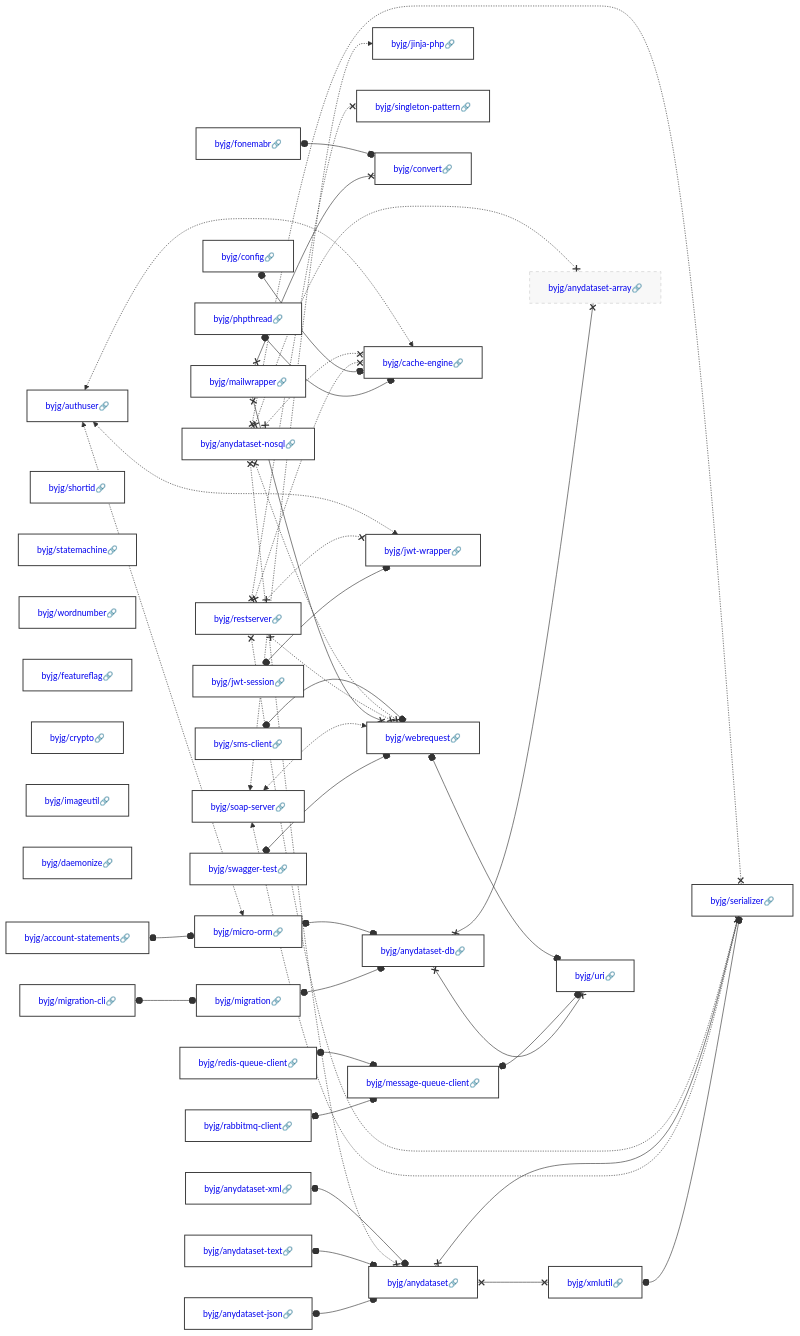
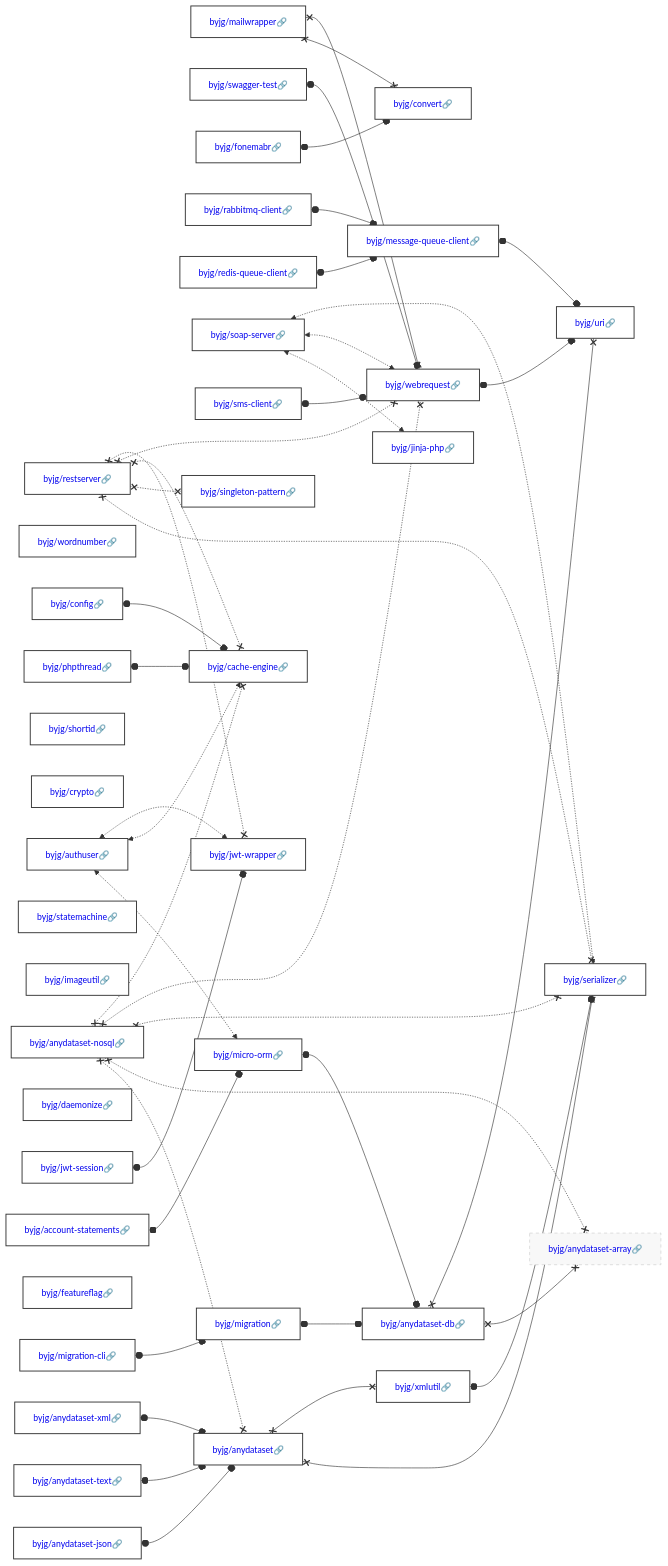
One commit to byjg/byjg.github.io changed the diagram in docs/php/README.md. Above: the diagram before and after it, drawn with Mermaid. The commit also changed other lines of this file and 1 other file, not shown here.

Commit message:
Update documentation 'php' 'php-shortid'

````diff
--- a/docs/php/README.md
+++ b/docs/php/README.md
@@ -3,45 +3,45 @@
 ```mermaid
 graph LR;
-  byjg/account-statements[<a href='https://opensource.byjg.com/docs/php/account-statements' style='text-decoration:none'>byjg/account-statements🔗</a>];
-  byjg/sms-client[<a href='https://opensource.byjg.com/docs/php/sms-client' style='text-decoration:none'>byjg/sms-client🔗</a>];
+  byjg/jwt-session[<a href='https://opensource.byjg.com/docs/php/jwt-session' style='text-decoration:none'>byjg/jwt-session🔗</a>];
+  byjg/mailwrapper[<a href='https://opensource.byjg.com/docs/php/mailwrapper' style='text-decoration:none'>byjg/mailwrapper🔗</a>];
+  byjg/swagger-test[<a href='https://opensource.byjg.com/docs/php/swagger-test' style='text-decoration:none'>byjg/swagger-test🔗</a>];
+  byjg/wordnumber[<a href='https://opensource.byjg.com/docs/php/wordnumber' style='text-decoration:none'>byjg/wordnumber🔗</a>];
+  byjg/config[<a href='https://opensource.byjg.com/docs/php/config' style='text-decoration:none'>byjg/config🔗</a>];
+  byjg/fonemabr[<a href='https://opensource.byjg.com/docs/php/fonemabr' style='text-decoration:none'>byjg/fonemabr🔗</a>];
+  byjg/anydataset-json[<a href='https://opensource.byjg.com/docs/php/anydataset-json' style='text-decoration:none'>byjg/anydataset-json🔗</a>];
   byjg/shortid[<a href='https://opensource.byjg.com/docs/php/shortid' style='text-decoration:none'>byjg/shortid🔗</a>];
-  byjg/config[<a href='https://opensource.byjg.com/docs/php/config' style='text-decoration:none'>byjg/config🔗</a>];
-  byjg/statemachine[<a href='https://opensource.byjg.com/docs/php/statemachine' style='text-decoration:none'>byjg/statemachine🔗</a>];
+  byjg/crypto[<a href='https://opensource.byjg.com/docs/php/crypto' style='text-decoration:none'>byjg/crypto🔗</a>];
+  byjg/anydataset-text[<a href='https://opensource.byjg.com/docs/php/anydataset-text' style='text-decoration:none'>byjg/anydataset-text🔗</a>];
   byjg/rabbitmq-client[<a href='https://opensource.byjg.com/docs/php/rabbitmq-client' style='text-decoration:none'>byjg/rabbitmq-client🔗</a>];
   byjg/redis-queue-client[<a href='https://opensource.byjg.com/docs/php/redis-queue-client' style='text-decoration:none'>byjg/redis-queue-client🔗</a>];
-  byjg/jwt-session[<a href='https://opensource.byjg.com/docs/php/jwt-session' style='text-decoration:none'>byjg/jwt-session🔗</a>];
-  byjg/wordnumber[<a href='https://opensource.byjg.com/docs/php/wordnumber' style='text-decoration:none'>byjg/wordnumber🔗</a>];
+  byjg/statemachine[<a href='https://opensource.byjg.com/docs/php/statemachine' style='text-decoration:none'>byjg/statemachine🔗</a>];
+  byjg/soap-server[<a href='https://opensource.byjg.com/docs/php/soap-server' style='text-decoration:none'>byjg/soap-server🔗</a>];
+  byjg/imageutil[<a href='https://opensource.byjg.com/docs/php/imageutil' style='text-decoration:none'>byjg/imageutil🔗</a>];
+  byjg/anydataset-nosql[<a href='https://opensource.byjg.com/docs/php/anydataset-nosql' style='text-decoration:none'>byjg/anydataset-nosql🔗</a>];
+  byjg/daemonize[<a href='https://opensource.byjg.com/docs/php/daemonize' style='text-decoration:none'>byjg/daemonize🔗</a>];
+  byjg/restserver[<a href='https://opensource.byjg.com/docs/php/restserver' style='text-decoration:none'>byjg/restserver🔗</a>];
+  byjg/phpthread[<a href='https://opensource.byjg.com/docs/php/phpthread' style='text-decoration:none'>byjg/phpthread🔗</a>];
+  byjg/sms-client[<a href='https://opensource.byjg.com/docs/php/sms-client' style='text-decoration:none'>byjg/sms-client🔗</a>];
   byjg/featureflag[<a href='https://opensource.byjg.com/docs/php/featureflag' style='text-decoration:none'>byjg/featureflag🔗</a>];
+  byjg/account-statements[<a href='https://opensource.byjg.com/docs/php/account-statements' style='text-decoration:none'>byjg/account-statements🔗</a>];
   byjg/anydataset-xml[<a href='https://opensource.byjg.com/docs/php/anydataset-xml' style='text-decoration:none'>byjg/anydataset-xml🔗</a>];
-  byjg/phpthread[<a href='https://opensource.byjg.com/docs/php/phpthread' style='text-decoration:none'>byjg/phpthread🔗</a>];
-  byjg/anydataset-nosql[<a href='https://opensource.byjg.com/docs/php/anydataset-nosql' style='text-decoration:none'>byjg/anydataset-nosql🔗</a>];
-  byjg/soap-server[<a href='https://opensource.byjg.com/docs/php/soap-server' style='text-decoration:none'>byjg/soap-server🔗</a>];
-  byjg/swagger-test[<a href='https://opensource.byjg.com/docs/php/swagger-test' style='text-decoration:none'>byjg/swagger-test🔗</a>];
-  byjg/fonemabr[<a href='https://opensource.byjg.com/docs/php/fonemabr' style='text-decoration:none'>byjg/fonemabr🔗</a>];
-  byjg/restserver[<a href='https://opensource.byjg.com/docs/php/restserver' style='text-decoration:none'>byjg/restserver🔗</a>];
-  byjg/crypto[<a href='https://opensource.byjg.com/docs/php/crypto' style='text-decoration:none'>byjg/crypto🔗</a>];
-  byjg/anydataset-text[<a href='https://opensource.byjg.com/docs/php/anydataset-text' style='text-decoration:none'>byjg/anydataset-text🔗</a>];
-  byjg/imageutil[<a href='https://opensource.byjg.com/docs/php/imageutil' style='text-decoration:none'>byjg/imageutil🔗</a>];
-  byjg/mailwrapper[<a href='https://opensource.byjg.com/docs/php/mailwrapper' style='text-decoration:none'>byjg/mailwrapper🔗</a>];
-  byjg/daemonize[<a href='https://opensource.byjg.com/docs/php/daemonize' style='text-decoration:none'>byjg/daemonize🔗</a>];
   byjg/migration-cli[<a href='https://opensource.byjg.com/docs/php/migration-cli' style='text-decoration:none'>byjg/migration-cli🔗</a>];
   byjg/authuser[<a href='https://opensource.byjg.com/docs/php/authuser' style='text-decoration:none'>byjg/authuser🔗</a>];
-  byjg/anydataset-json[<a href='https://opensource.byjg.com/docs/php/anydataset-json' style='text-decoration:none'>byjg/anydataset-json🔗</a>];
+  byjg/convert[<a href='https://opensource.byjg.com/docs/php/convert' style='text-decoration:none'>byjg/convert🔗</a>];
   byjg/message-queue-client[<a href='https://opensource.byjg.com/docs/php/message-queue-client' style='text-decoration:none'>byjg/message-queue-client🔗</a>];
   byjg/jinja-php[<a href='https://opensource.byjg.com/docs/php/jinja-php' style='text-decoration:none'>byjg/jinja-php🔗</a>];
   byjg/singleton-pattern[<a href='https://opensource.byjg.com/docs/php/singleton-pattern' style='text-decoration:none'>byjg/singleton-pattern🔗</a>];
-  byjg/convert[<a href='https://opensource.byjg.com/docs/php/convert' style='text-decoration:none'>byjg/convert🔗</a>];
   byjg/webrequest[<a href='https://opensource.byjg.com/docs/php/webrequest' style='text-decoration:none'>byjg/webrequest🔗</a>];
+  byjg/anydataset[<a href='https://opensource.byjg.com/docs/php/anydataset' style='text-decoration:none'>byjg/anydataset🔗</a>];
   byjg/migration[<a href='https://opensource.byjg.com/docs/php/migration' style='text-decoration:none'>byjg/migration🔗</a>];
   byjg/micro-orm[<a href='https://opensource.byjg.com/docs/php/micro-orm' style='text-decoration:none'>byjg/micro-orm🔗</a>];
   byjg/cache-engine[<a href='https://opensource.byjg.com/docs/php/cache-engine' style='text-decoration:none'>byjg/cache-engine🔗</a>];
   byjg/jwt-wrapper[<a href='https://opensource.byjg.com/docs/php/jwt-wrapper' style='text-decoration:none'>byjg/jwt-wrapper🔗</a>];
-  byjg/anydataset[<a href='https://opensource.byjg.com/docs/php/anydataset' style='text-decoration:none'>byjg/anydataset🔗</a>];
+  byjg/xmlutil[<a href='https://opensource.byjg.com/docs/php/xmlutil' style='text-decoration:none'>byjg/xmlutil🔗</a>];
   byjg/anydataset-db[<a href='https://opensource.byjg.com/docs/php/anydataset-db' style='text-decoration:none'>byjg/anydataset-db🔗</a>];
-  byjg/xmlutil[<a href='https://opensource.byjg.com/docs/php/xmlutil' style='text-decoration:none'>byjg/xmlutil🔗</a>];
+  byjg/serializer[<a href='https://opensource.byjg.com/docs/php/serializer' style='text-decoration:none'>byjg/serializer🔗</a>];
   byjg/anydataset-array[<a href='https://opensource.byjg.com/docs/php/anydataset-array' style='text-decoration:none'>byjg/anydataset-array🔗</a>];
   byjg/uri[<a href='https://opensource.byjg.com/docs/php/uri' style='text-decoration:none'>byjg/uri🔗</a>];
-  byjg/serializer[<a href='https://opensource.byjg.com/docs/php/serializer' style='text-decoration:none'>byjg/serializer🔗</a>];
   byjg/xmlutil o--o byjg/serializer;
   byjg/rabbitmq-client o--o byjg/message-queue-client;
   byjg/migration o--o byjg/anydataset-db;
````
